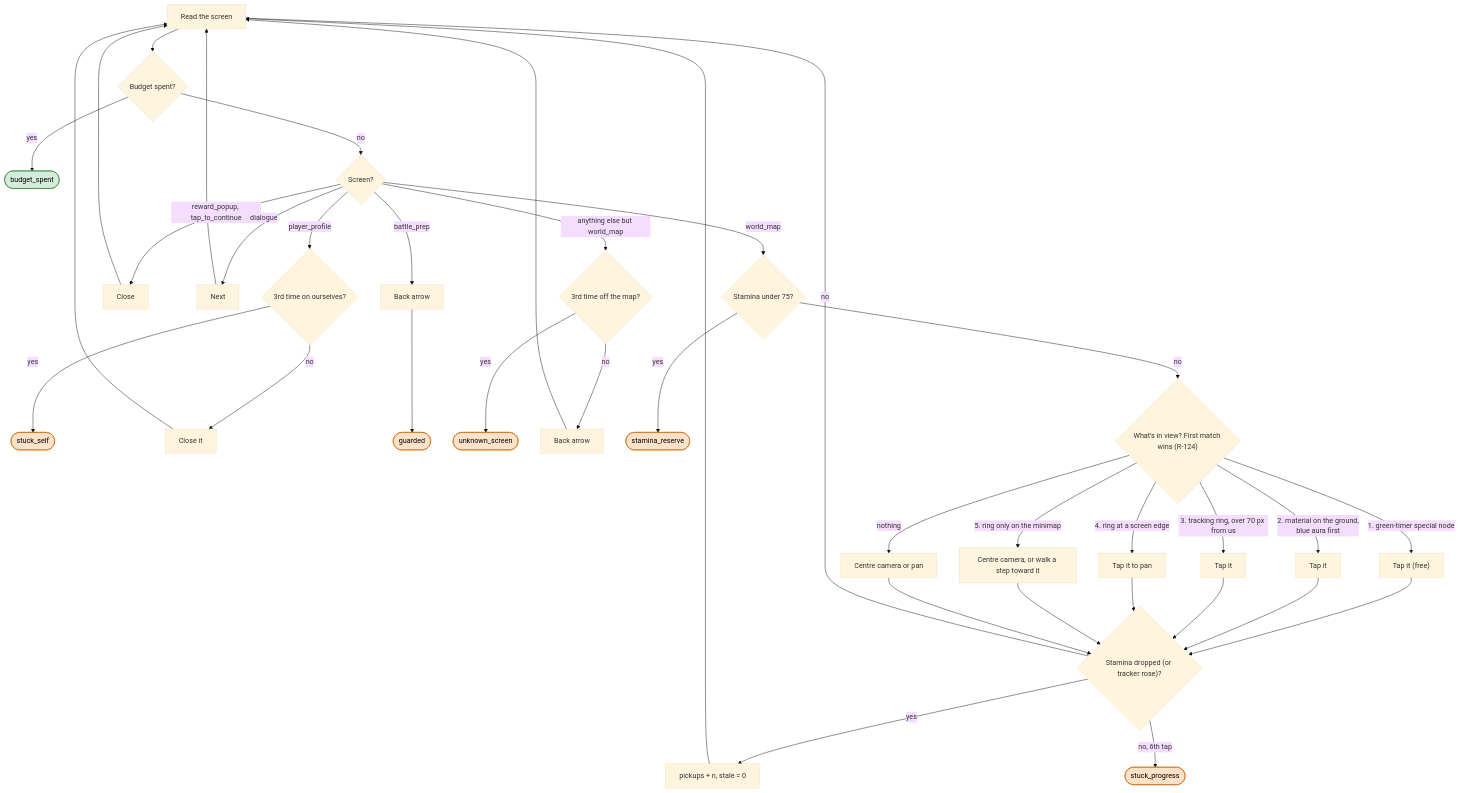
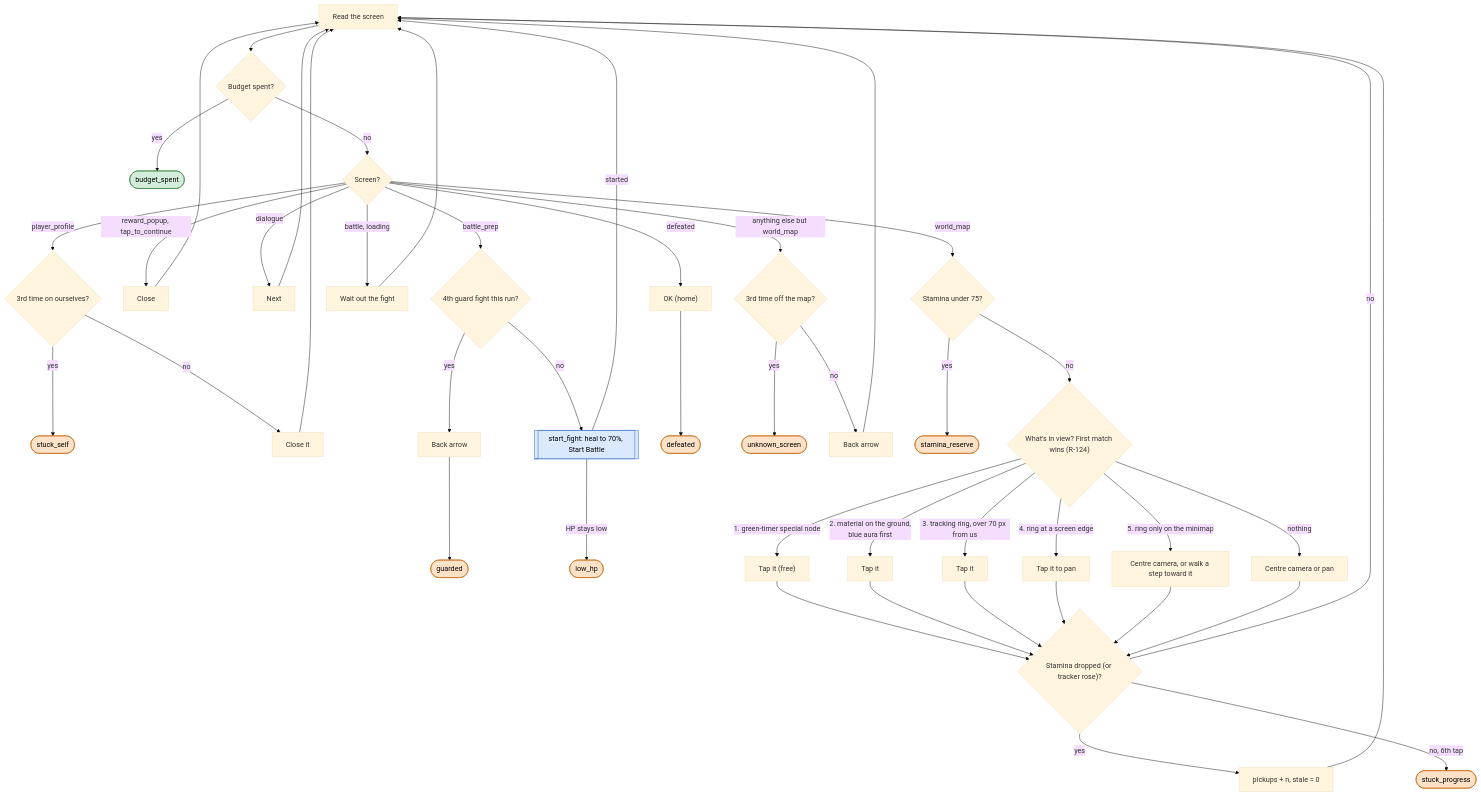
One commit to Sun-flow/sxs-agent changed the second of 2 diagrams in docs/loops/gather.md. Above: the diagram before and after it, drawn with Mermaid (base theme). The commit also changed other lines of this file and 20 other files, not shown here.

````diff
--- a/docs/loops/gather.md
+++ b/docs/loops/gather.md
@@ -43,37 +45,45 @@
 ```mermaid
 flowchart TD
     D["Read the screen"] --> BS{"Budget spent?"}
     BS -->|yes| OK1(["budget_spent"])
     BS -->|no| W{"Screen?"}
     W -->|player_profile| SELF{"3rd time on ourselves?"}
     SELF -->|yes| SS(["stuck_self"])
     SELF -->|no| CL["Close it"] --> D
     W -->|"reward_popup, tap_to_continue"| RW["Close"] --> D
     W -->|dialogue| DL["Next"] --> D
-    W -->|battle_prep| GD["Back arrow"] --> GDE(["guarded"])
+    W -->|battle_prep| GF{"4th guard fight this run?"}
+    GF -->|yes| GD["Back arrow"] --> GDE(["guarded"])
+    GF -->|no| SF[["start_fight: heal to 70%, Start Battle"]]
+    SF -->|"HP stays low"| LHP(["low_hp"])
+    SF -->|started| D
+    W -->|"battle, loading"| WT["Wait out the fight"] --> D
+    W -->|defeated| DF["OK (home)"] --> DFE(["defeated"])
     W -->|"anything else but world_map"| UK{"3rd time off the map?"}
     UK -->|yes| US(["unknown_screen"])
     UK -->|no| BA["Back arrow"] --> D
     W -->|world_map| ST{"Stamina under 75?"}
     ST -->|yes| SR(["stamina_reserve"])
     ST -->|no| PL{"What's in view? First match wins (R-124)"}
     PL -->|"1. green-timer special node"| T1["Tap it (free)"]
     PL -->|"2. material on the ground,<br/>blue aura first"| T2["Tap it"]
     PL -->|"3. tracking ring, over 70 px from us"| T3["Tap it"]
     PL -->|"4. ring at a screen edge"| T4["Tap it to pan"]
     PL -->|"5. ring only on the minimap"| T5["Centre camera, or walk a step toward it"]
     PL -->|nothing| T6["Centre camera or pan"]
     T1 --> PR
     T2 --> PR
     T3 --> PR
     T4 --> PR
     T5 --> PR
     T6 --> PR{"Stamina dropped (or tracker rose)?"}
     PR -->|yes| GOT["pickups + n, stale = 0"] --> D
     PR -->|"no, 6th tap"| SP(["stuck_progress"])
     PR -->|no| D
     classDef ok fill:#d4edda,stroke:#2e7d32,color:#000
     classDef look fill:#fde2c8,stroke:#c25e00,color:#000
     class OK1 ok
-    class SS,GDE,US,SR,SP look
+    class SS,GDE,US,SR,SP,LHP,DFE look
+    classDef sub fill:#dbe9ff,stroke:#1f5fbf,color:#000
+    class SF sub
 ```
````
